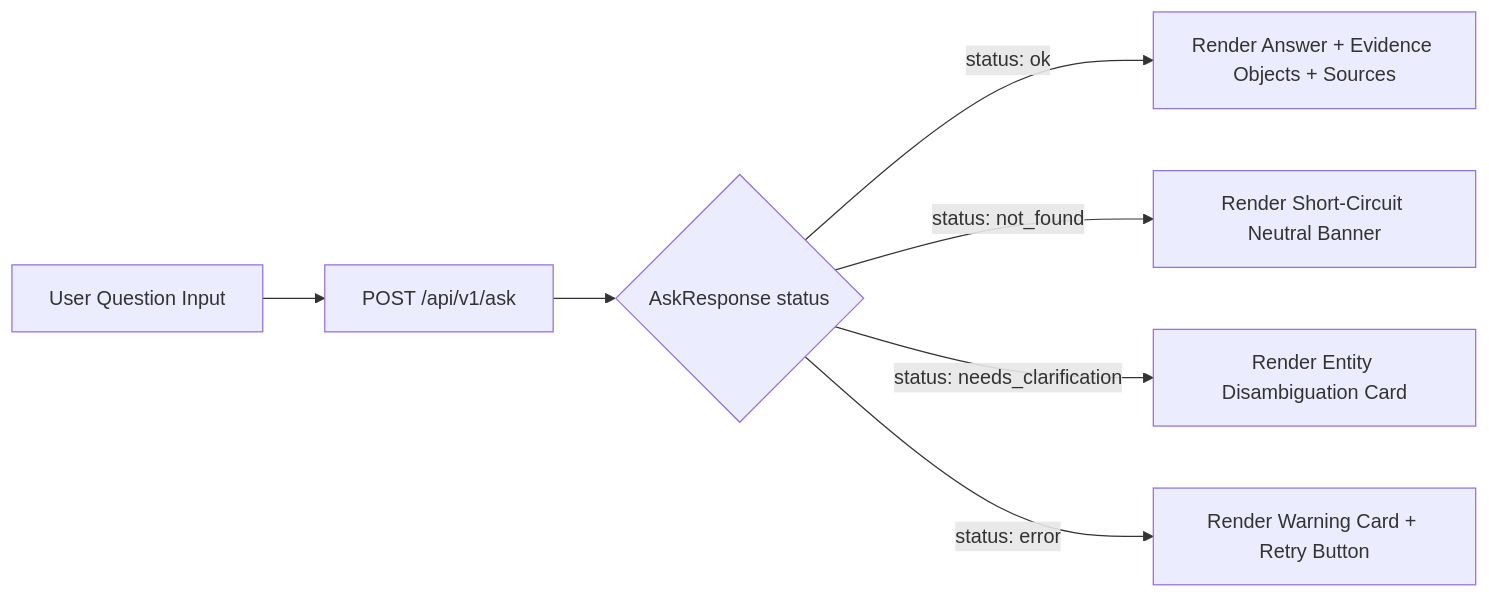
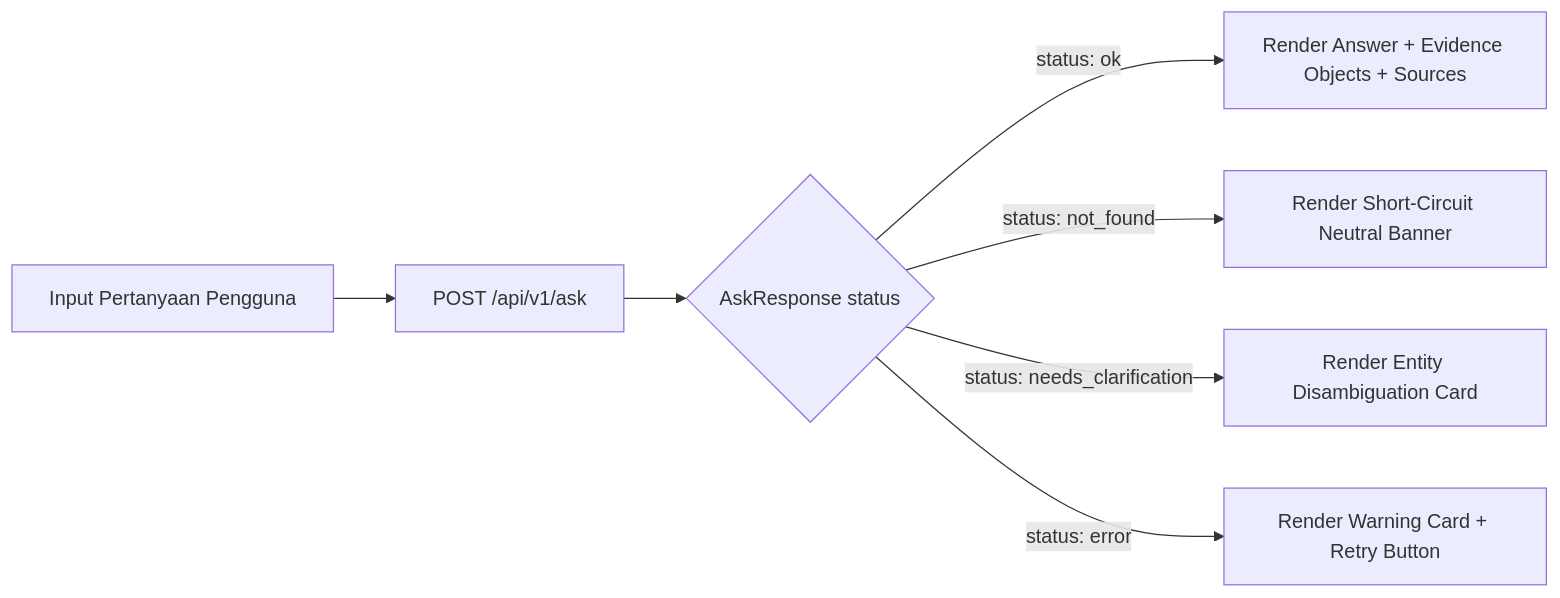
The diagram in docs/07 Ui Spec.md (CodeByAbi/AI-Bibliometrics), drawn with Mermaid before and after one commit. The commit also changed other lines of this file and 12 other files, not shown here.

````diff
--- a/docs/07 Ui Spec.md
+++ b/docs/07 Ui Spec.md
@@ -29,10 +31,10 @@
 ```mermaid
 flowchart LR
-    UserAction[User Question Input] --> APIPOST[POST /api/v1/ask]
+    UserAction[Input Pertanyaan Pengguna] --> APIPOST[POST /api/v1/ask]
     APIPOST --> BackendResponse{AskResponse status}
     
     BackendResponse -->|status: ok| ViewOK[Render Answer + Evidence Objects + Sources]
     BackendResponse -->|status: not_found| ViewNotFound[Render Short-Circuit Neutral Banner]
     BackendResponse -->|status: needs_clarification| ViewClarify[Render Entity Disambiguation Card]
     BackendResponse -->|status: error| ViewError[Render Warning Card + Retry Button]
 ```
````
